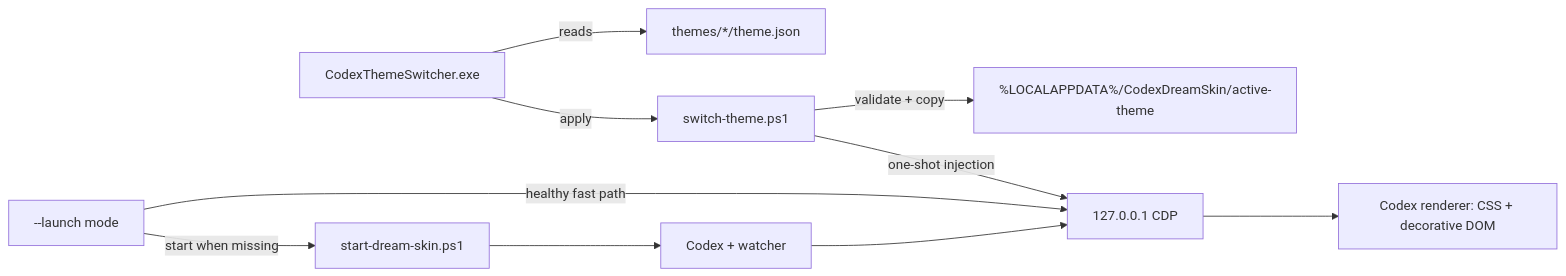
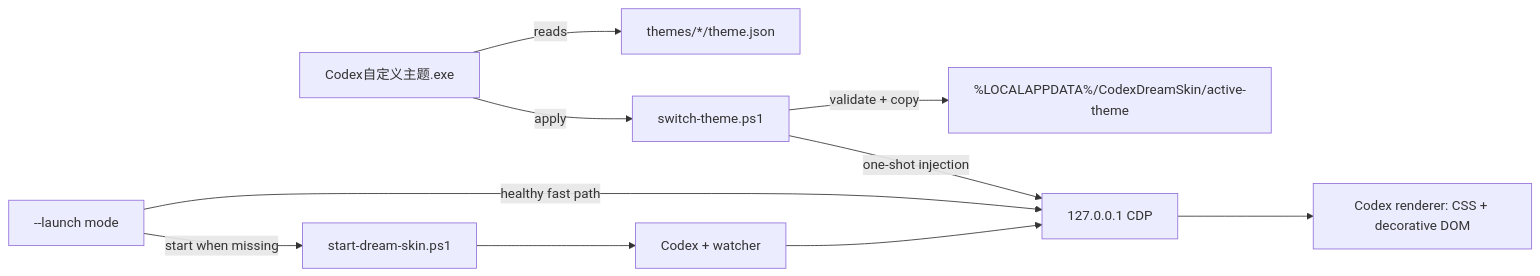
The diagram in README.en.md (bilbillm/Codex-Dream-Skin-Switcher), drawn with Mermaid before and after one commit. The commit also changed other lines of this file and 10 other files, not shown here.

````diff
--- a/README.en.md
+++ b/README.en.md
@@ -243,12 +243,12 @@
 ```mermaid
 flowchart LR
-    A["CodexThemeSwitcher.exe"] -->|"reads"| B["themes/*/theme.json"]
+    A["Codex自定义主题.exe"] -->|"reads"| B["themes/*/theme.json"]
     A -->|"apply"| C["switch-theme.ps1"]
     C -->|"validate + copy"| D["%LOCALAPPDATA%/CodexDreamSkin/active-theme"]
     C -->|"one-shot injection"| E["127.0.0.1 CDP"]
     F["--launch mode"] -->|"healthy fast path"| E
     F -->|"start when missing"| G["start-dream-skin.ps1"]
     G --> H["Codex + watcher"]
     H --> E
     E --> I["Codex renderer: CSS + decorative DOM"]
 ```
````
